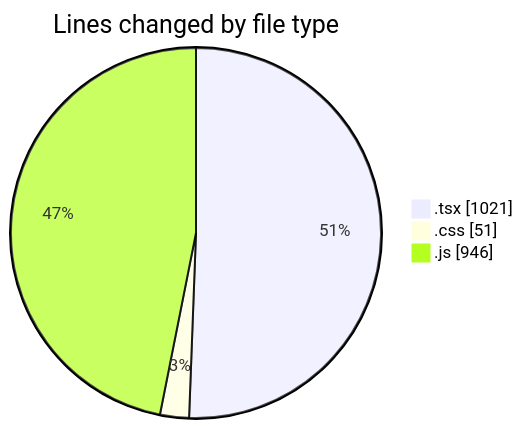
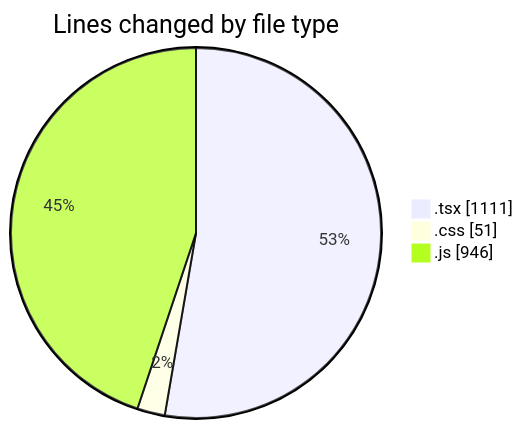
Before and after one commit to Elitesun/code-tracking: the first of 2 diagrams in 2025-04-22/indesign/README.md, drawn with Mermaid. The commit also changed other lines of this file and 1 other file, not shown here.

````diff
--- a/2025-04-22/indesign/README.md
+++ b/2025-04-22/indesign/README.md
@@ -29,7 +29,7 @@
 ```mermaid
 pie showData
 title Lines changed by file type
-".tsx" : 1021
+".tsx" : 1111
 ".css" : 51
 ".js" : 946
 ```
````
